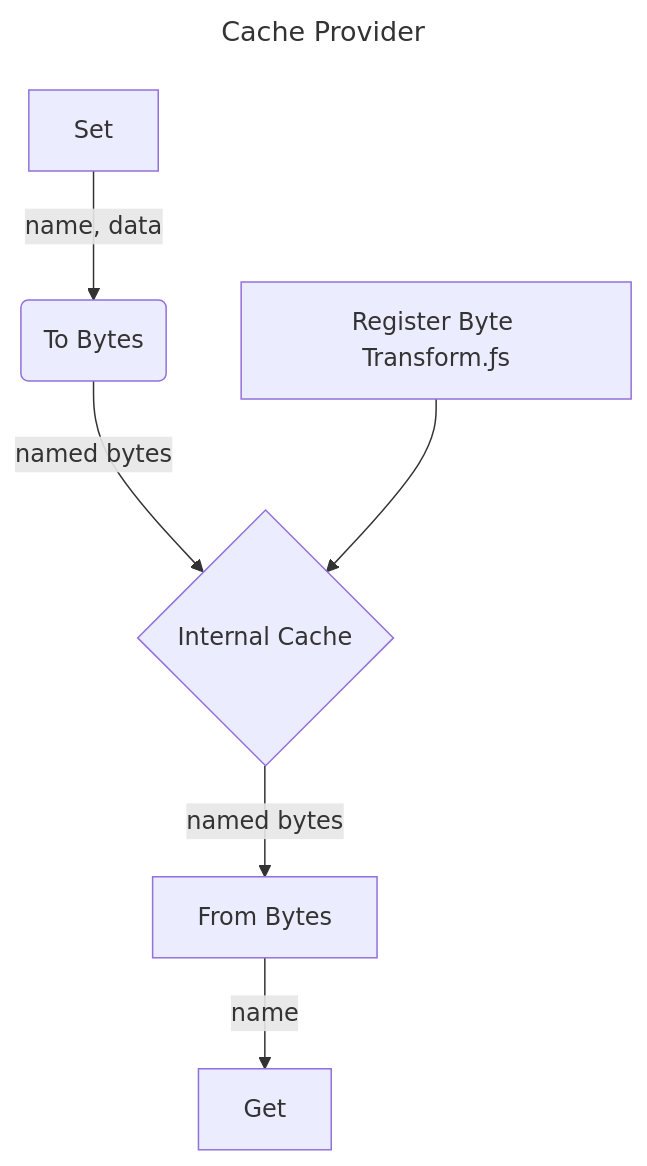
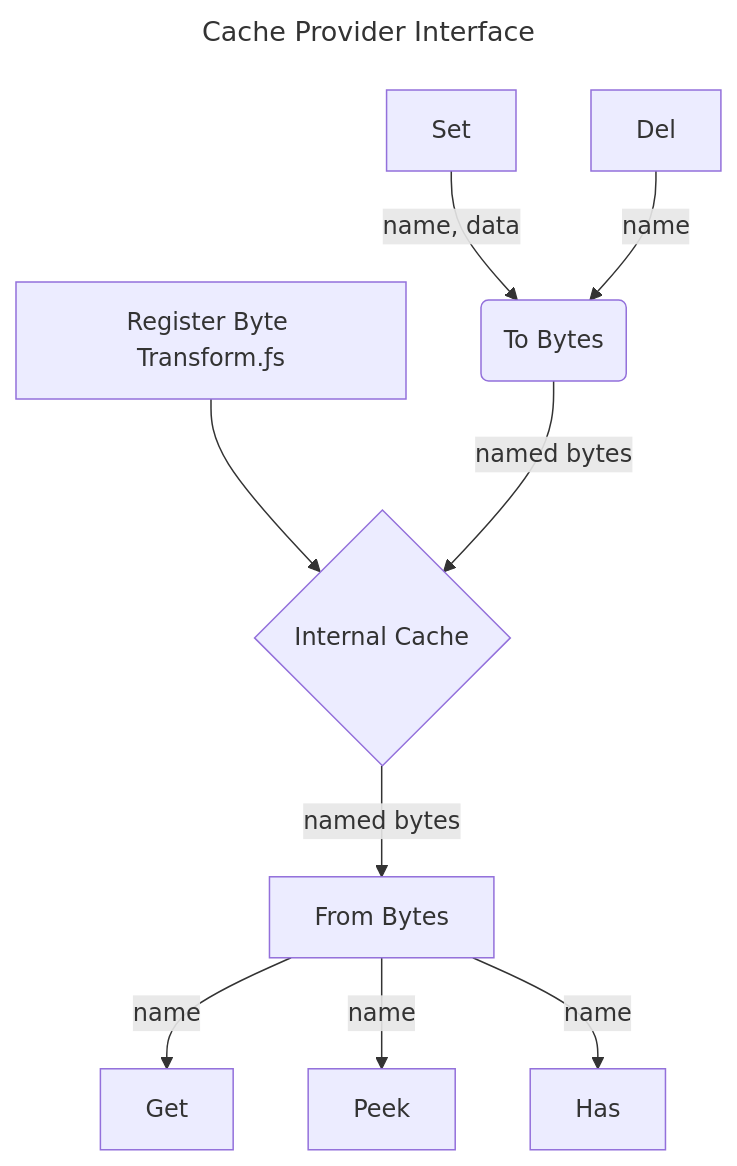
One commit to ericdmoore/feeds.city changed the first of 2 diagrams in lib/clients/cacheProviders/readme.md. Above: the diagram before and after it, drawn with Mermaid. The commit also changed other lines of this file, not shown here.

Commit message:
updated chart

````diff
--- a/lib/clients/cacheProviders/readme.md
+++ b/lib/clients/cacheProviders/readme.md
@@ -3,13 +3,14 @@
 ```mermaid
 ---
-title: Cache Provider
+title: Cache Provider Interface
 ---
-
 flowchart TD
-    Set -->|name, data| Inbound(To Bytes)
-    Inbound -->|named bytes| Cache{Internal Cache}
+    Set -->|name, data| InboundChange(To Bytes)
+    Del-->|name| InboundChange 
     Register[Register Byte Transform.ƒs] --> Cache{Internal Cache}
+    InboundChange -->|named bytes| Cache{Internal Cache}
     Cache --> |named bytes| Out[From Bytes]
     Out-->|name| Get
-    
+    Out-->|name| Peek
+    Out-->|name| Has    
 ```
````
